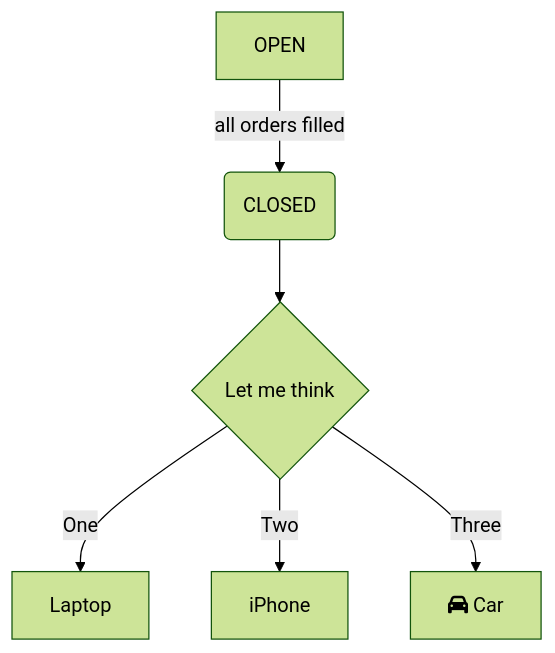
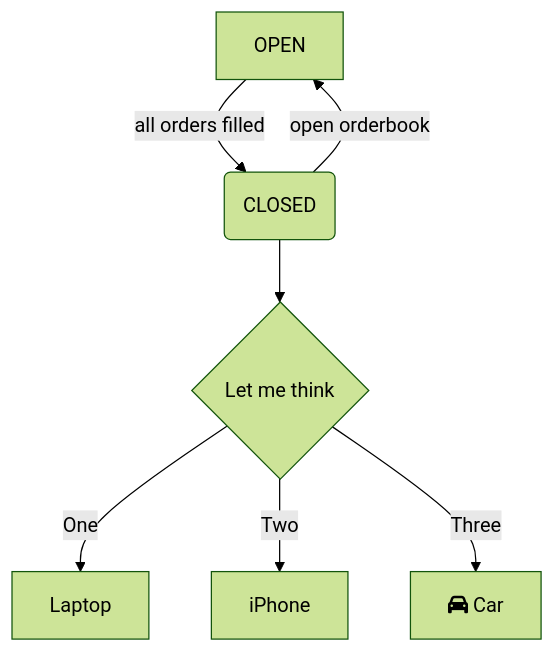
The second of 2 diagrams in README.md (vernetto/json), drawn with Mermaid (forest theme) before and after one commit.

````diff
--- a/README.md
+++ b/README.md
@@ -12,8 +12,9 @@
 ```mermaid
 graph TD
     A[OPEN] -->|all orders filled| B(CLOSED)
+    B(CLOSED) -->|open orderbook| A[OPEN]
     B --> C{Let me think}
     C -->|One| D[Laptop]
     C -->|Two| E[iPhone]
     C -->|Three| F[fa:fa-car Car]
 ```  
````
